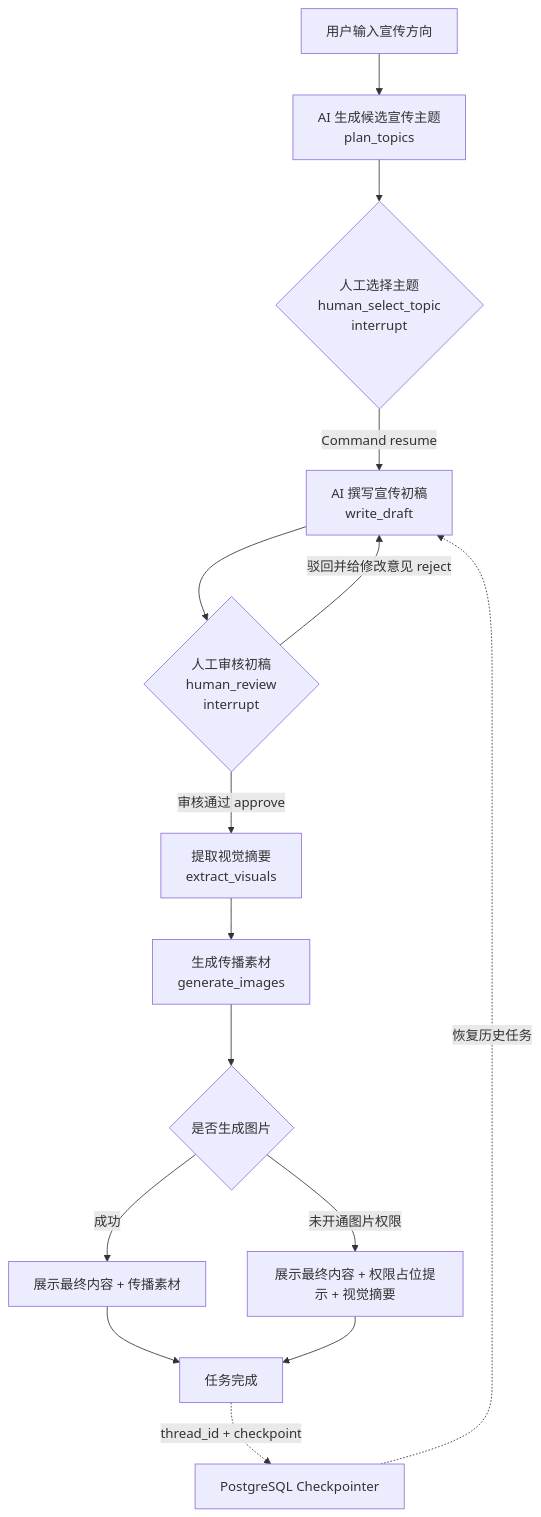
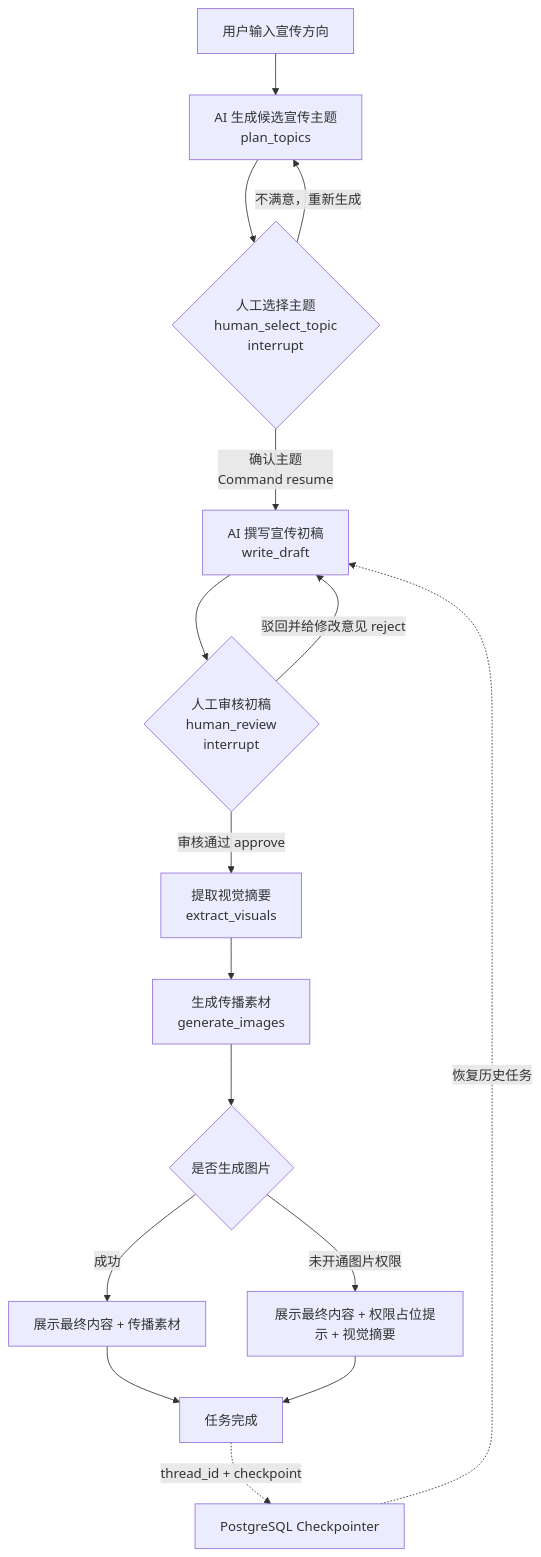
Before and after one commit to helloaiden0305/xzy_brandflow_agent: the diagram in README.md, drawn with Mermaid. The commit also changed other lines of this file and 1 other file, not shown here.

Commit message:
docs: clarify topic regeneration workflow

````diff
--- a/README.md
+++ b/README.md
@@ -205,18 +205,19 @@
 ```mermaid
 flowchart TD
     A["用户输入宣传方向"] --> B["AI 生成候选宣传主题<br/>plan_topics"]
     B --> C{"人工选择主题<br/>human_select_topic<br/>interrupt"}
-    C -->|Command resume| D["AI 撰写宣传初稿<br/>write_draft"]
+    C -->|确认主题<br/>Command resume| D["AI 撰写宣传初稿<br/>write_draft"]
+    C -->|不满意，重新生成| B
     D --> E{"人工审核初稿<br/>human_review<br/>interrupt"}
     E -->|审核通过 approve| F["提取视觉摘要<br/>extract_visuals"]
     E -->|驳回并给修改意见 reject| D
     F --> G["生成传播素材<br/>generate_images"]
     G --> H{"是否生成图片"}
     H -->|成功| I["展示最终内容 + 传播素材"]
     H -->|未开通图片权限| J["展示最终内容 + 权限占位提示 + 视觉摘要"]
     I --> K["任务完成"]
     J --> K
 
     K -. "thread_id + checkpoint" .-> L["PostgreSQL Checkpointer"]
     L -. "恢复历史任务" .-> D
 ```
````
